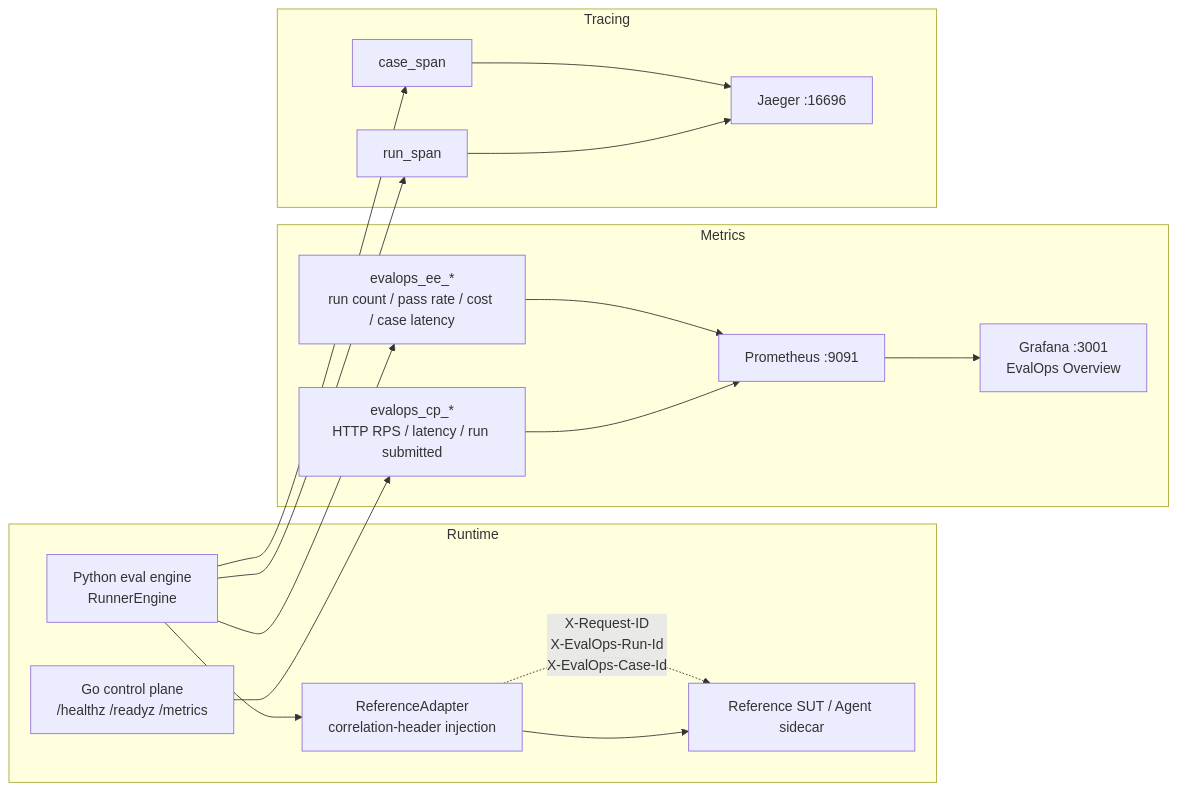
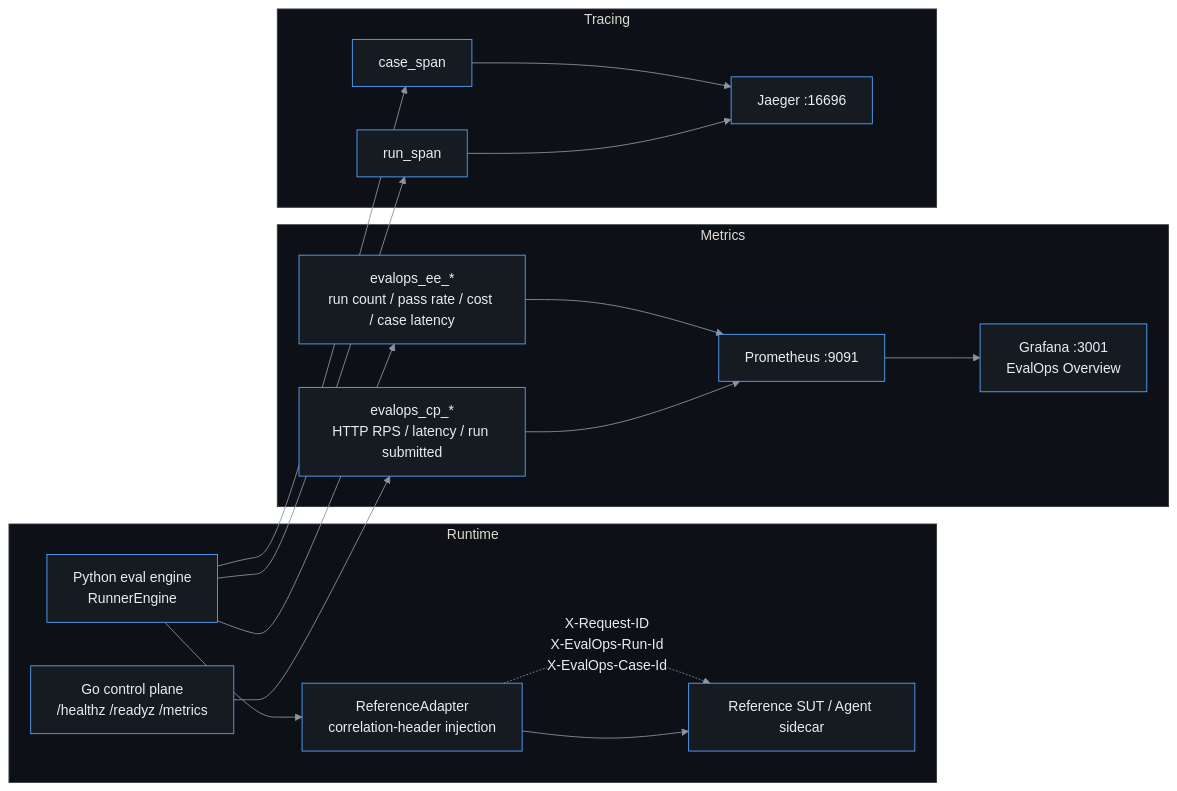
Before and after one commit to Yanjieij/EvalOps-public: the fourth of 5 diagrams in README.en.md, drawn with Mermaid. The commit also changed other lines of this file and 1 other file, not shown here.

Commit message:
docs: tune mermaid diagrams for dark mode

````diff
--- a/README.en.md
+++ b/README.en.md
@@ -182,29 +185,30 @@
 ```mermaid
+%%{init: {"theme": "base", "themeVariables": {"background": "transparent", "primaryColor": "#161b22", "primaryTextColor": "#e6edf3", "primaryBorderColor": "#58a6ff", "lineColor": "#8b949e", "secondaryColor": "#0d1117", "tertiaryColor": "#21262d", "clusterBkg": "#0d1117", "clusterBorder": "#30363d", "edgeLabelBackground": "#0d1117", "fontFamily": "Arial, sans-serif", "actorBkg": "#161b22", "actorBorder": "#58a6ff", "actorTextColor": "#e6edf3", "signalColor": "#8b949e", "signalTextColor": "#e6edf3", "noteBkgColor": "#21262d", "noteTextColor": "#e6edf3", "activationBkgColor": "#1f6feb", "activationBorderColor": "#58a6ff"}}}%%
 flowchart LR
     subgraph "Runtime"
         CP["Go control plane<br/>/healthz /readyz /metrics"]
         EE["Python eval engine<br/>RunnerEngine"]
         Adapter["ReferenceAdapter<br/>correlation-header injection"]
         SUT["Reference SUT / Agent sidecar"]
     end
 
     subgraph "Metrics"
         CPM["evalops_cp_*<br/>HTTP RPS / latency / run submitted"]
         EEM["evalops_ee_*<br/>run count / pass rate / cost / case latency"]
         Prom["Prometheus :9091"]
         Grafana["Grafana :3001<br/>EvalOps Overview"]
     end
 
     subgraph "Tracing"
         RunSpan["run_span"]
         CaseSpan["case_span"]
         Jaeger["Jaeger :16696"]
     end
 
     CP --> CPM --> Prom --> Grafana
     EE --> EEM --> Prom
     EE --> RunSpan --> Jaeger
     EE --> CaseSpan --> Jaeger
     EE --> Adapter --> SUT
     Adapter -. "X-Request-ID<br/>X-EvalOps-Run-Id<br/>X-EvalOps-Case-Id" .-> SUT
 ```
````
